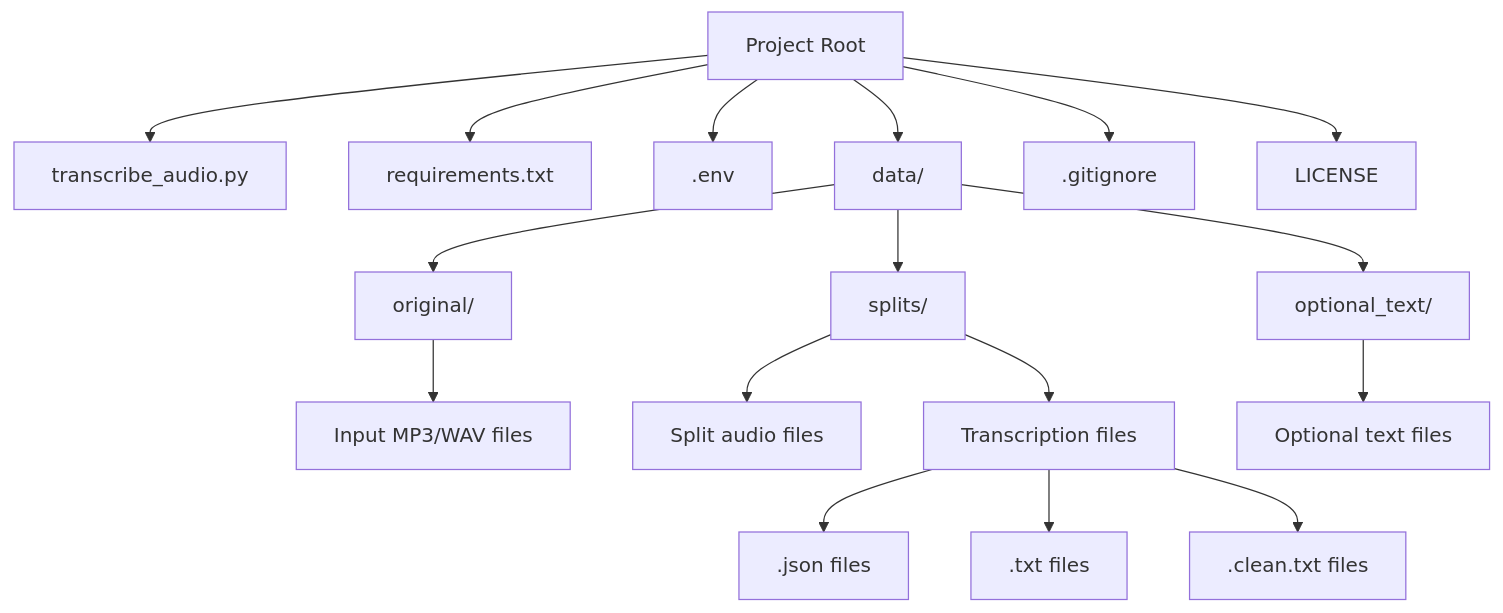
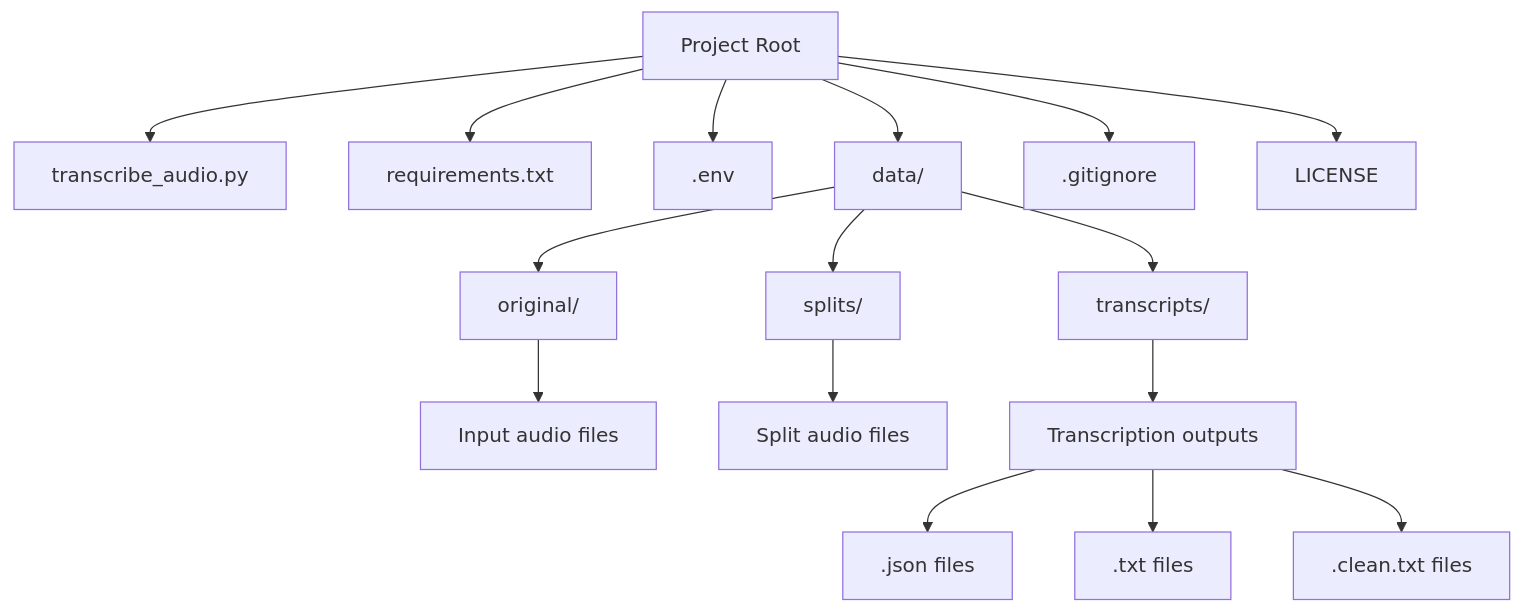
One commit to CaptainCodeAU/AudioScribe changed the first of 3 diagrams in README.md. Above: the diagram before and after it, drawn with Mermaid. The commit also changed other lines of this file, not shown here.

Commit message:
docs: update README to reflect current codebase architecture and features

````diff
--- a/README.md
+++ b/README.md
@@ -119,19 +116,18 @@
 ```mermaid
 graph TD
     A[Project Root] --> B[transcribe_audio.py]
     A --> C[requirements.txt]
     A --> D[.env]
     A --> E[data/]
     E --> F[original/]
     E --> G[splits/]
-    E --> H[optional_text/]
-    F --> I[Input MP3/WAV files]
+    E --> H[transcripts/]
+    F --> I[Input audio files]
     G --> J[Split audio files]
-    G --> K[Transcription files]
-    H --> L[Optional text files]
+    H --> K[Transcription outputs]
     K --> M[.json files]
     K --> N[.txt files]
     K --> O[.clean.txt files]
     A --> P[.gitignore]
     A --> Q[LICENSE]
 ```
````
